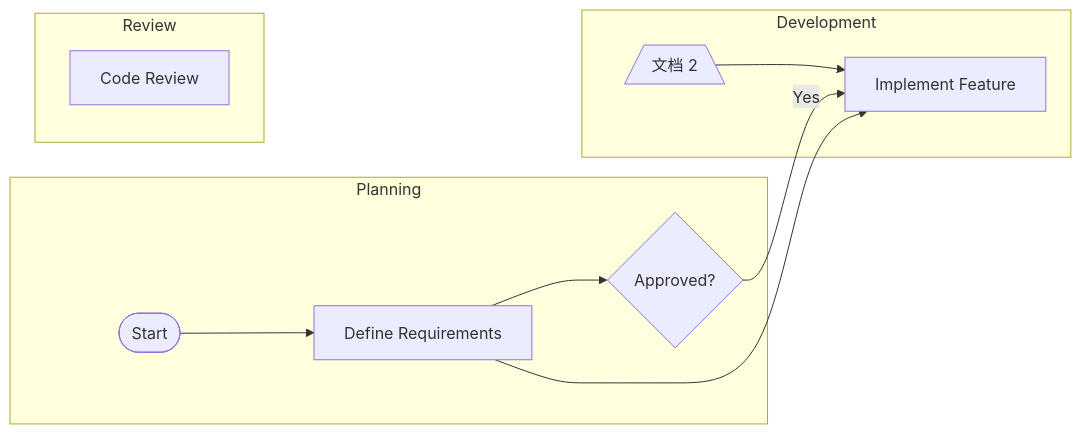
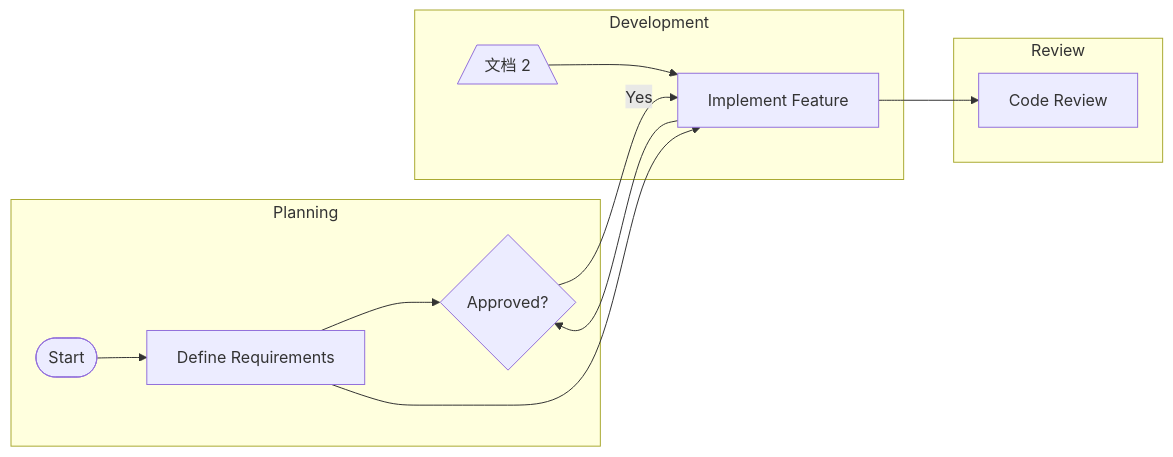
One commit to pingpm/mermaid_vault changed the diagram in mmd/123_db1c1734-f502-4c75-9e0f-54d0fdacbbeb.mmd. Above: the diagram before and after it, drawn with Mermaid. The commit also changed 2 other files, not shown here.

Commit message:
Sync Mermaid Studio data (9 diagrams)

```diff
--- a/mmd/123_db1c1734-f502-4c75-9e0f-54d0fdacbbeb.mmd
+++ b/mmd/123_db1c1734-f502-4c75-9e0f-54d0fdacbbeb.mmd
@@ -1,18 +1,20 @@
 graph LR
   subgraph lane_lane_1["Planning"]
     t_task_3{"Approved?"}
     t_task_1(["Start"])
     t_task_2["Define Requirements"]
   end
   subgraph lane_lane_2["Development"]
     t_bcb52ef5_1ab2_466e_a13e_b9249e2c2349[/"文档 2"\]
     t_task_4["Implement Feature"]
   end
   subgraph lane_lane_3["Review"]
     t_task_5["Code Review"]
   end
   t_task_1 --> t_task_2
   t_task_2 --> t_task_3
   t_task_3 -->|"Yes"| t_task_4
   t_bcb52ef5_1ab2_466e_a13e_b9249e2c2349 --> t_task_4
   t_task_2 --> t_task_4
+  t_task_4 --> t_task_5
+  t_task_4 --> t_task_3
```
